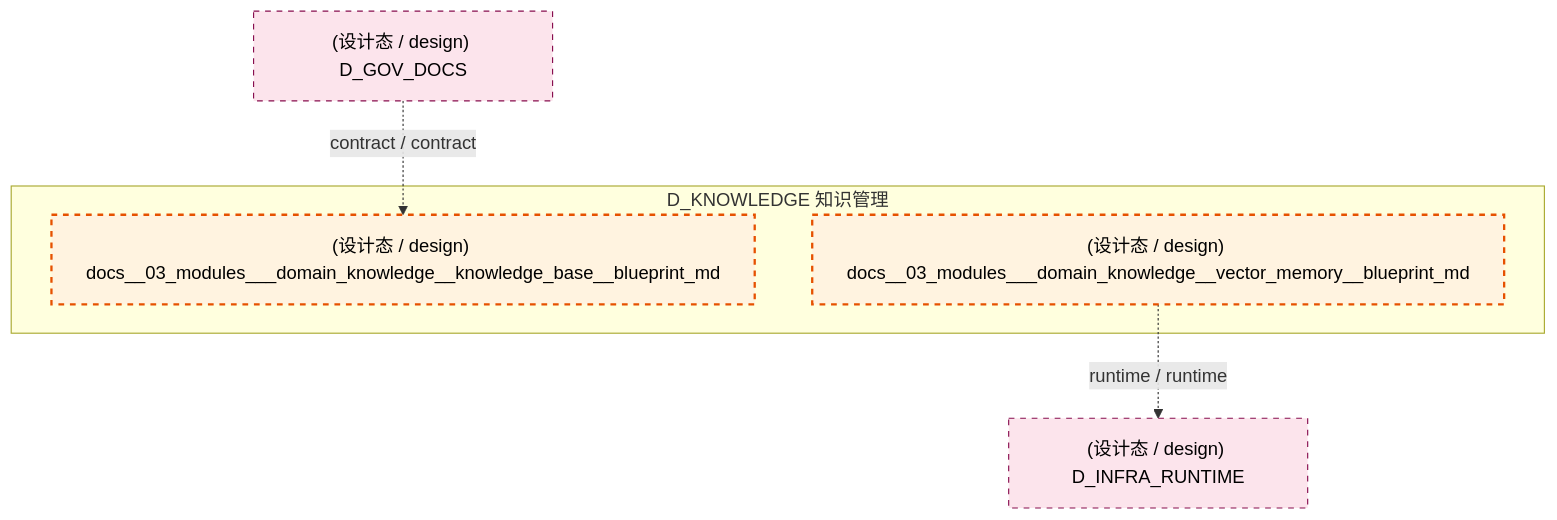
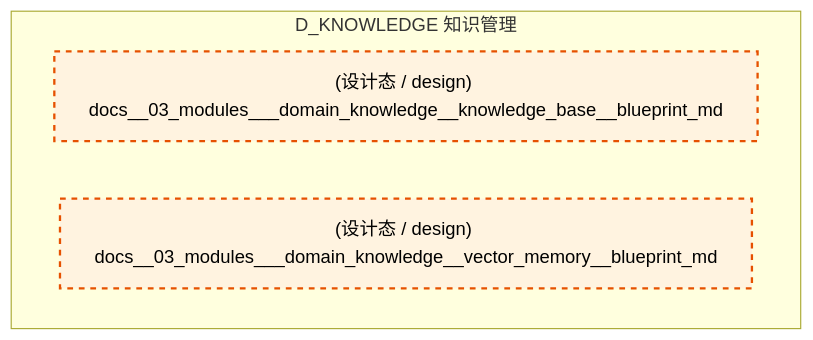
The second of 3 diagrams in docs/02_enterprise_architecture/02_domain_architecture_docs/48_d_knowledge.md (xuanFelixVan/ZephyrAlpha), drawn with Mermaid before and after one commit. The commit also changed other lines of this file and 101 other files, not shown here.

````diff
--- a/docs/02_enterprise_architecture/02_domain_architecture_docs/48_d_knowledge.md
+++ b/docs/02_enterprise_architecture/02_domain_architecture_docs/48_d_knowledge.md
@@ -101,17 +96,12 @@
 ```mermaid
 graph TD
     subgraph D_KNOWLEDGE["D_KNOWLEDGE 知识管理"]
         docs_03_modules_domain_knowledge_knowledge_base_blueprint_md["(设计态 / design) docs__03_modules___domain_knowledge__knowledge_base__blueprint_md"]
         docs_03_modules_domain_knowledge_vector_memory_blueprint_md["(设计态 / design) docs__03_modules___domain_knowledge__vector_memory__blueprint_md"]
     end
-    D_INFRA_RUNTIME["(设计态 / design) D_INFRA_RUNTIME"]
-    docs_03_modules_domain_knowledge_vector_memory_blueprint_md -.->|runtime / runtime| D_INFRA_RUNTIME
-    D_GOV_DOCS["(设计态 / design) D_GOV_DOCS"]
-    D_GOV_DOCS -.->|contract / contract| docs_03_modules_domain_knowledge_knowledge_base_blueprint_md
     classDef production fill:#e1f5fe,stroke:#01579b,stroke-width:2px,color:#000
     classDef design fill:#fff3e0,stroke:#e65100,stroke-width:2px,color:#000,stroke-dasharray: 5 5
     classDef external_prod fill:#e8f5e9,stroke:#1b5e20,stroke-width:1px,color:#000
     classDef external_design fill:#fce4ec,stroke:#880e4f,stroke-width:1px,color:#000,stroke-dasharray: 5 5
     class docs_03_modules_domain_knowledge_knowledge_base_blueprint_md,docs_03_modules_domain_knowledge_vector_memory_blueprint_md design
-    class D_INFRA_RUNTIME,D_GOV_DOCS external_design
 ```
````
